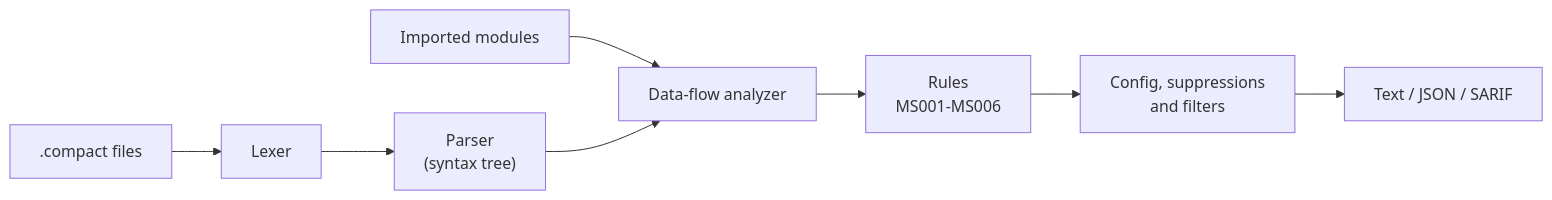
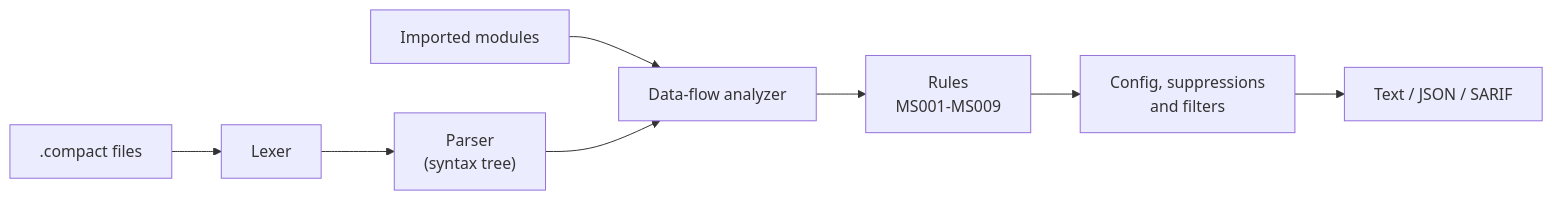
Before and after one commit to efforthye/midnight-shield: the diagram in README.md, drawn with Mermaid. The commit also changed other lines of this file and 4 other files, not shown here.

````diff
--- a/README.md
+++ b/README.md
@@ -180,10 +191,10 @@
 ```mermaid
 flowchart LR
     A[".compact files"] --> B["Lexer"]
     B --> C["Parser<br/>(syntax tree)"]
     I["Imported modules"] --> D
     C --> D["Data-flow analyzer"]
-    D --> E["Rules<br/>MS001-MS006"]
+    D --> E["Rules<br/>MS001-MS009"]
     E --> F["Config, suppressions<br/>and filters"]
     F --> G["Text / JSON / SARIF"]
 ```
````
